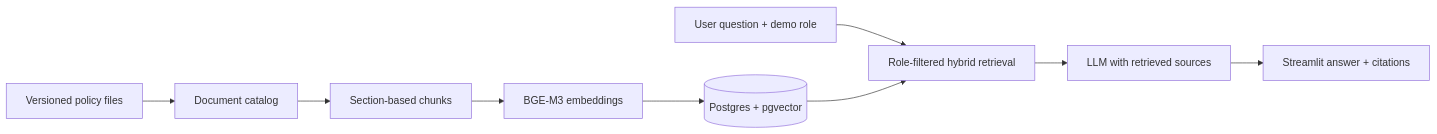
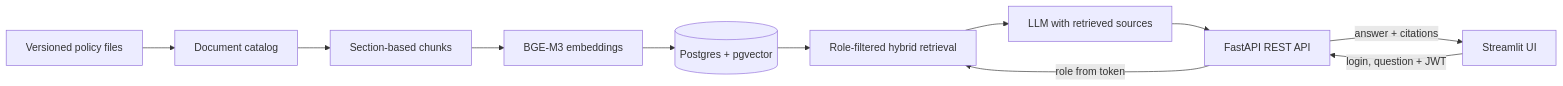
The diagram in README.md (alels001/policy-pilot), drawn with Mermaid before and after one commit. The commit also changed other lines of this file, not shown here.

Commit message:
docs: add Docker setup, API and login to README

````diff
--- a/README.md
+++ b/README.md
@@ -18,11 +20,13 @@
 ```mermaid
 flowchart LR
     DOC[Versioned policy files] --> CAT[Document catalog]
     CAT --> CH[Section-based chunks]
     CH --> EMB[BGE-M3 embeddings]
     EMB --> DB[(Postgres + pgvector)]
-    Q[User question + demo role] --> RET[Role-filtered hybrid retrieval]
+    UI[Streamlit UI] -->|login, question + JWT| API[FastAPI REST API]
+    API -->|role from token| RET[Role-filtered hybrid retrieval]
     DB --> RET
     RET --> LLM[LLM with retrieved sources]
-    LLM --> UI[Streamlit answer + citations]
+    LLM --> API
+    API -->|answer + citations| UI
 ```
````
